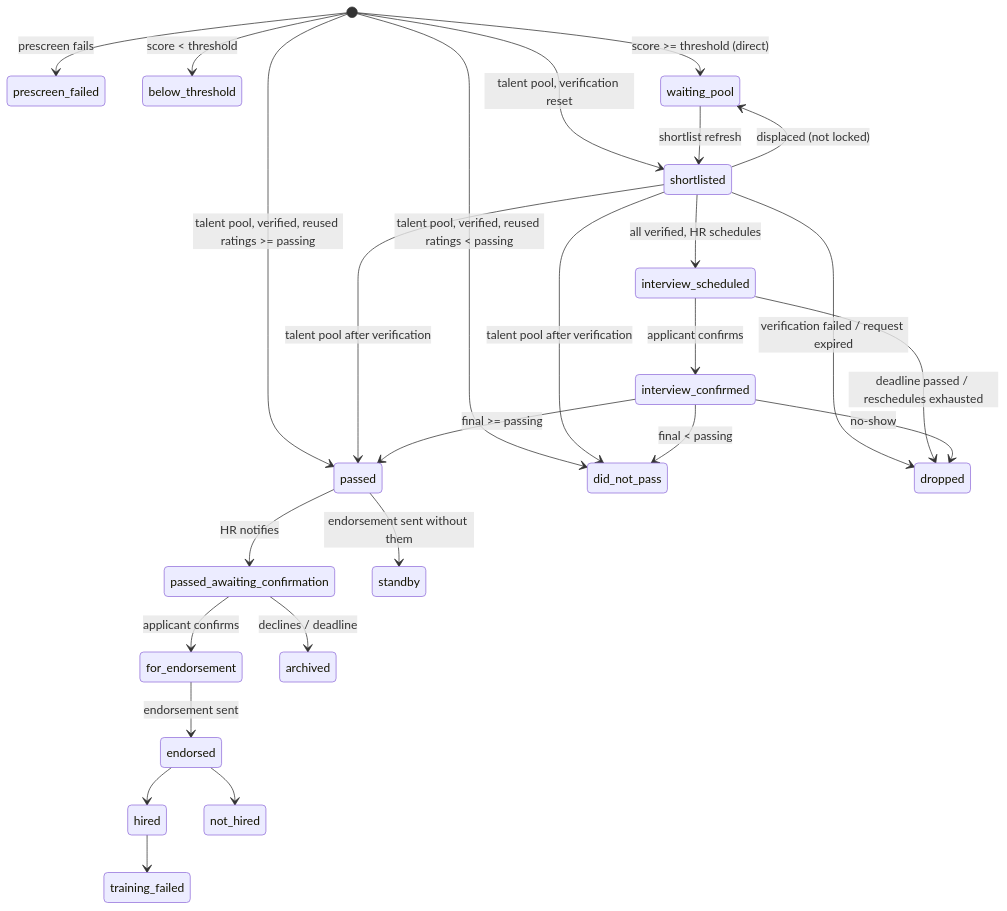
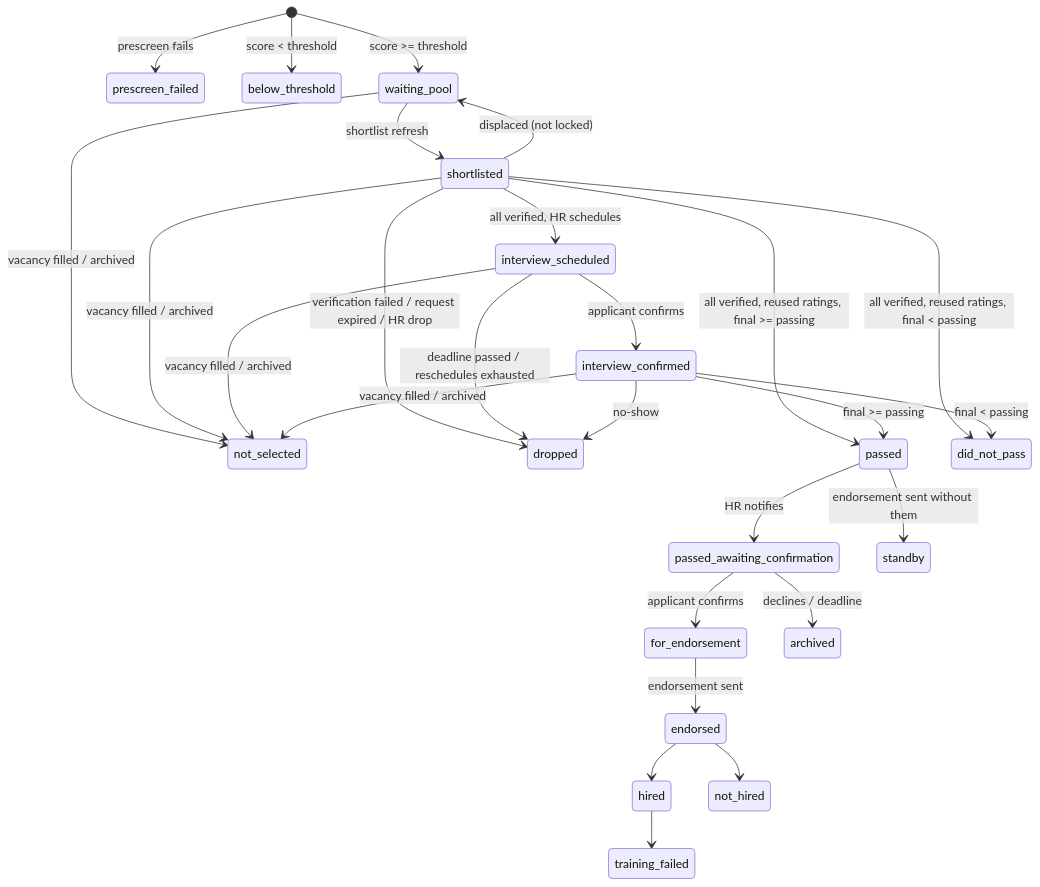
The fifth of 6 diagrams in docs/APP_FLOW.md (Aenyxxx/VERA), drawn with Mermaid before and after one commit. The commit also changed other lines of this file and 32 other files, not shown here.

````diff
--- a/docs/APP_FLOW.md
+++ b/docs/APP_FLOW.md
@@ -172,28 +192,29 @@
 ```mermaid
 stateDiagram-v2
   [*] --> prescreen_failed: prescreen fails
   [*] --> below_threshold: score < threshold
-  [*] --> waiting_pool: score >= threshold (direct)
-  [*] --> passed: talent pool, verified, reused ratings >= passing
-  [*] --> did_not_pass: talent pool, verified, reused ratings < passing
-  [*] --> shortlisted: talent pool, verification reset
+  [*] --> waiting_pool: score >= threshold
   waiting_pool --> shortlisted: shortlist refresh
+  waiting_pool --> not_selected: vacancy filled / archived
   shortlisted --> waiting_pool: displaced (not locked)
-  shortlisted --> dropped: verification failed / request expired
+  shortlisted --> dropped: verification failed / request expired / HR drop
   shortlisted --> interview_scheduled: all verified, HR schedules
-  shortlisted --> passed: talent pool after verification
-  shortlisted --> did_not_pass: talent pool after verification
+  shortlisted --> passed: all verified, reused ratings, final >= passing
+  shortlisted --> did_not_pass: all verified, reused ratings, final < passing
+  shortlisted --> not_selected: vacancy filled / archived
   interview_scheduled --> interview_confirmed: applicant confirms
   interview_scheduled --> dropped: deadline passed / reschedules exhausted
+  interview_scheduled --> not_selected: vacancy filled / archived
   interview_confirmed --> dropped: no-show
+  interview_confirmed --> not_selected: vacancy filled / archived
   interview_confirmed --> passed: final >= passing
   interview_confirmed --> did_not_pass: final < passing
   passed --> passed_awaiting_confirmation: HR notifies
   passed --> standby: endorsement sent without them
   passed_awaiting_confirmation --> for_endorsement: applicant confirms
   passed_awaiting_confirmation --> archived: declines / deadline
   for_endorsement --> endorsed: endorsement sent
   endorsed --> hired
   endorsed --> not_hired
   hired --> training_failed
 ```
````
